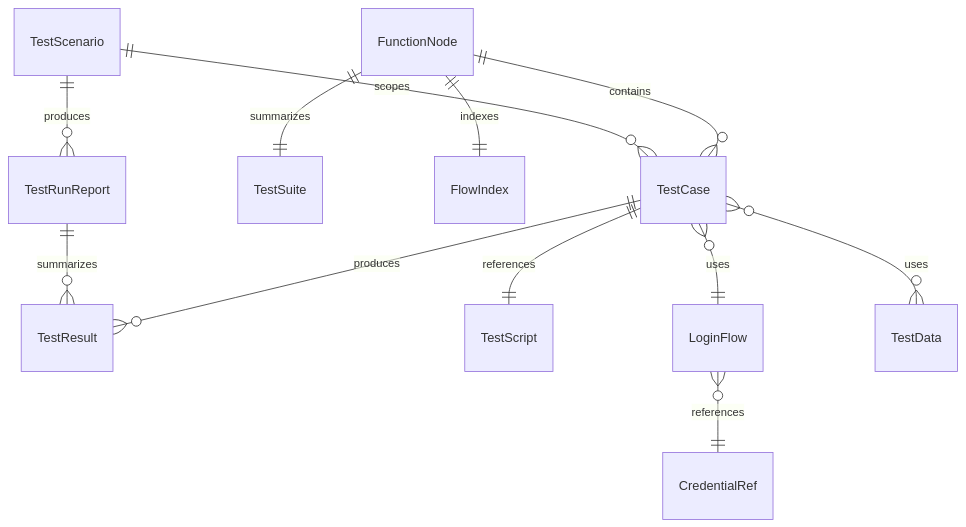
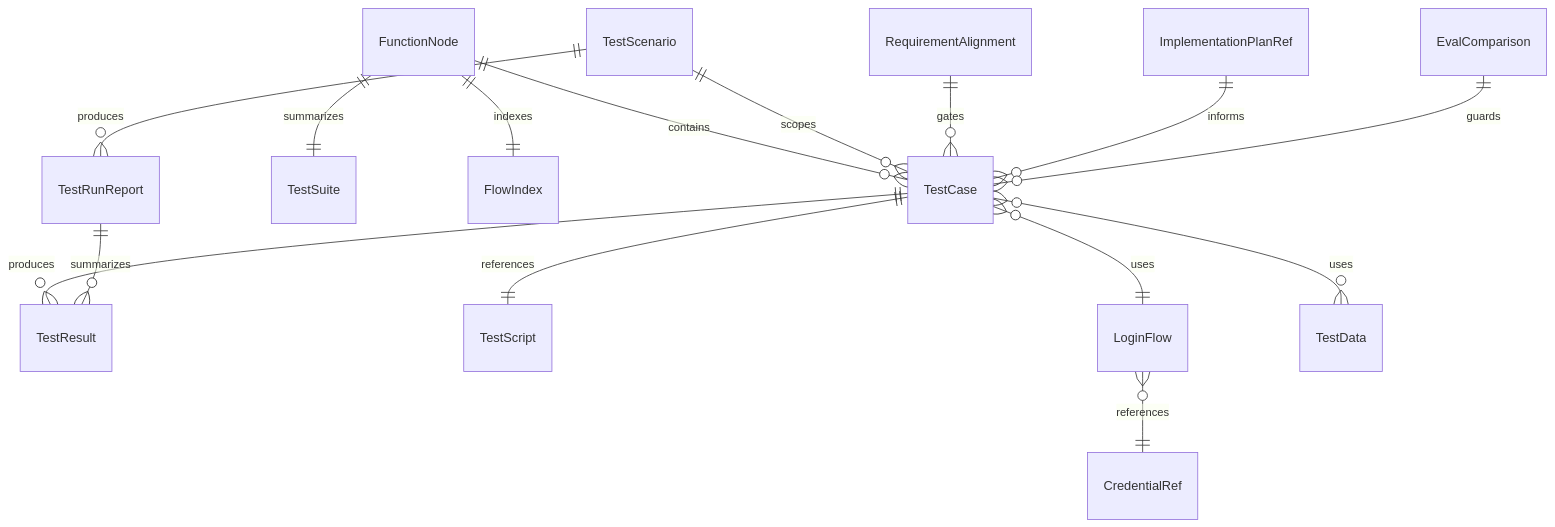
The fourth of 4 diagrams in docs/pm/qa-e2e-case-memory/PRD.md (Neplich/dev-agent-skills), drawn with Mermaid before and after one commit. The commit also changed other lines of this file and 1 other file, not shown here.

````diff
--- a/docs/pm/qa-e2e-case-memory/PRD.md
+++ b/docs/pm/qa-e2e-case-memory/PRD.md
@@ -283,14 +347,17 @@
 ```mermaid
 erDiagram
     FunctionNode ||--o{ TestCase : contains
     FunctionNode ||--|| TestSuite : summarizes
     FunctionNode ||--|| FlowIndex : indexes
     TestCase ||--o{ TestResult : produces
     TestCase ||--|| TestScript : references
     TestCase }o--|| LoginFlow : uses
     LoginFlow }o--|| CredentialRef : references
     TestCase }o--o{ TestData : uses
     TestScenario ||--o{ TestCase : scopes
     TestScenario ||--o{ TestRunReport : produces
     TestRunReport ||--o{ TestResult : summarizes
+    RequirementAlignment ||--o{ TestCase : gates
+    ImplementationPlanRef ||--o{ TestCase : informs
+    EvalComparison ||--o{ TestCase : guards
 ```
````
